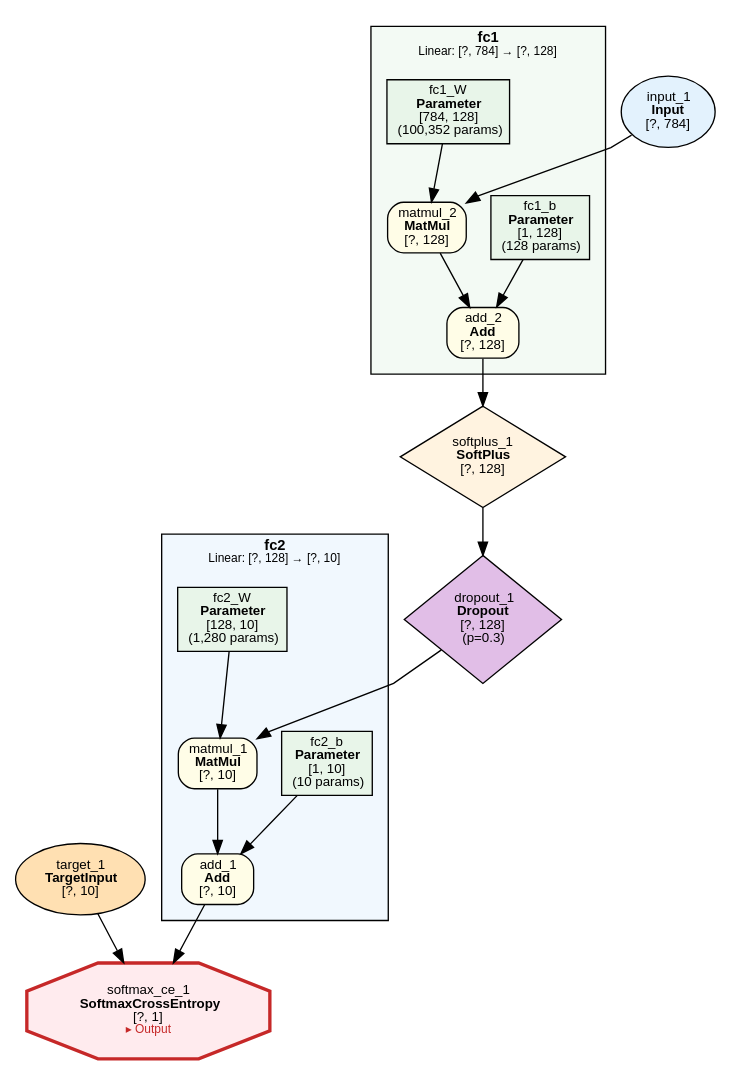
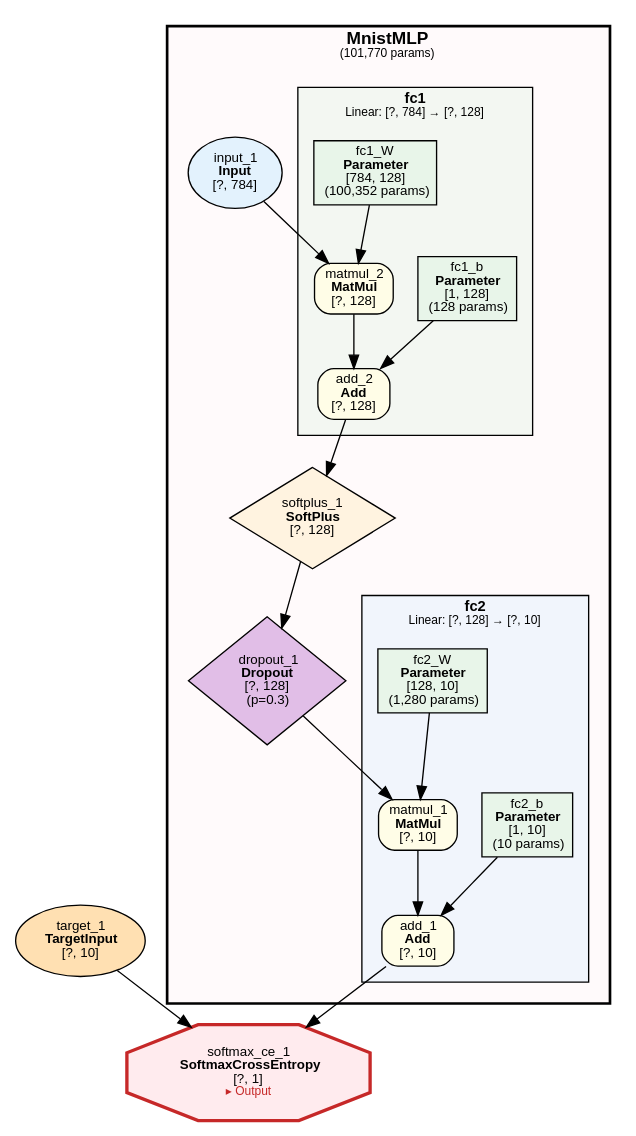
Before and after one commit to dbsxdbsx/only_torch: the diagram in examples/mnist/mnist.dot, drawn with Graphviz. The commit also changed 29 other files, not shown here.

```diff
--- a/examples/mnist/mnist.dot
+++ b/examples/mnist/mnist.dot
@@ -1,52 +1,62 @@
 digraph ComputeGraph {
     rankdir=TB;
     newrank=true;
     splines=polyline;
     node [fontname="Microsoft YaHei,SimHei,Arial"];
     edge [fontname="Microsoft YaHei,SimHei,Arial"];
 
-    subgraph cluster_group_linear_1 {
-        label=<<B>fc2</B><BR/><FONT POINT-SIZE="9">Linear: [?, 128] → [?, 10]</FONT>>;
-        style=filled;
-        fillcolor="#E3F2FD80";
+    subgraph cluster_model_MnistMLP {
+        label=<<B>MnistMLP</B><BR/><FONT POINT-SIZE="9">(101,770 params)</FONT>>;
+        style="filled,bold";
+        fillcolor="#FFEBEE40";
         fontname="Microsoft YaHei,SimHei,Arial";
-        fontsize=11;
-        margin=12;
-            "2" [label=<add_1<BR/><B>Add</B><BR/>[?, 10]> shape=box style="filled,rounded" fillcolor="#FFFDE7" fontsize=10];
-            "4" [label=<matmul_1<BR/><B>MatMul</B><BR/>[?, 10]> shape=box style="filled,rounded" fillcolor="#FFFDE7" fontsize=10];
-            "5" [label=<fc2_b<BR/><B>Parameter</B><BR/>[1, 10]<BR/>(10 params)> shape=box style=filled fillcolor="#E8F5E9" fontsize=10];
-            "7" [label=<fc2_W<BR/><B>Parameter</B><BR/>[128, 10]<BR/>(1,280 params)> shape=box style=filled fillcolor="#E8F5E9" fontsize=10];
-    }
+        fontsize=13;
+        margin=16;
 
-    subgraph cluster_group_linear_0 {
-        label=<<B>fc1</B><BR/><FONT POINT-SIZE="9">Linear: [?, 784] → [?, 128]</FONT>>;
-        style=filled;
-        fillcolor="#E8F5E980";
-        fontname="Microsoft YaHei,SimHei,Arial";
-        fontsize=11;
-        margin=12;
-            "9" [label=<add_2<BR/><B>Add</B><BR/>[?, 128]> shape=box style="filled,rounded" fillcolor="#FFFDE7" fontsize=10];
-            "10" [label=<matmul_2<BR/><B>MatMul</B><BR/>[?, 128]> shape=box style="filled,rounded" fillcolor="#FFFDE7" fontsize=10];
-            "11" [label=<fc1_b<BR/><B>Parameter</B><BR/>[1, 128]<BR/>(128 params)> shape=box style=filled fillcolor="#E8F5E9" fontsize=10];
-            "13" [label=<fc1_W<BR/><B>Parameter</B><BR/>[784, 128]<BR/>(100,352 params)> shape=box style=filled fillcolor="#E8F5E9" fontsize=10];
+        subgraph cluster_MnistMLP_fc2 {
+            label=<<B>fc2</B><BR/><FONT POINT-SIZE="9">Linear: [?, 128] → [?, 10]</FONT>>;
+            style=filled;
+            fillcolor="#E3F2FD80";
+            fontname="Microsoft YaHei,SimHei,Arial";
+            fontsize=11;
+            margin=12;
+                "2" [label=<add_1<BR/><B>Add</B><BR/>[?, 10]> shape=box style="filled,rounded" fillcolor="#FFFDE7" fontsize=10];
+                "4" [label=<matmul_1<BR/><B>MatMul</B><BR/>[?, 10]> shape=box style="filled,rounded" fillcolor="#FFFDE7" fontsize=10];
+                "5" [label=<fc2_b<BR/><B>Parameter</B><BR/>[1, 10]<BR/>(10 params)> shape=box style=filled fillcolor="#E8F5E9" fontsize=10];
+                "7" [label=<fc2_W<BR/><B>Parameter</B><BR/>[128, 10]<BR/>(1,280 params)> shape=box style=filled fillcolor="#E8F5E9" fontsize=10];
+        }
+
+        subgraph cluster_MnistMLP_fc1 {
+            label=<<B>fc1</B><BR/><FONT POINT-SIZE="9">Linear: [?, 784] → [?, 128]</FONT>>;
+            style=filled;
+            fillcolor="#E8F5E980";
+            fontname="Microsoft YaHei,SimHei,Arial";
+            fontsize=11;
+            margin=12;
+                "9" [label=<add_2<BR/><B>Add</B><BR/>[?, 128]> shape=box style="filled,rounded" fillcolor="#FFFDE7" fontsize=10];
+                "10" [label=<matmul_2<BR/><B>MatMul</B><BR/>[?, 128]> shape=box style="filled,rounded" fillcolor="#FFFDE7" fontsize=10];
+                "11" [label=<fc1_b<BR/><B>Parameter</B><BR/>[1, 128]<BR/>(128 params)> shape=box style=filled fillcolor="#E8F5E9" fontsize=10];
+                "13" [label=<fc1_W<BR/><B>Parameter</B><BR/>[784, 128]<BR/>(100,352 params)> shape=box style=filled fillcolor="#E8F5E9" fontsize=10];
+        }
+
+        "6" [label=<dropout_1<BR/><B>Dropout</B><BR/>[?, 128]<BR/>(p=0.3)> shape=diamond style=filled fillcolor="#E1BEE7" fontsize=10];
+        "8" [label=<softplus_1<BR/><B>SoftPlus</B><BR/>[?, 128]> shape=diamond style=filled fillcolor="#FFF3E0" fontsize=10];
+        "12" [label=<input_1<BR/><B>Input</B><BR/>[?, 784]> shape=ellipse style=filled fillcolor="#E3F2FD" fontsize=10];
     }
 
     "1" [label=<softmax_ce_1<BR/><B>SoftmaxCrossEntropy</B><BR/>[?, 1]<BR/><FONT COLOR="#C62828" POINT-SIZE="9">▸ Output</FONT>> shape=octagon style=filled fillcolor="#FFEBEE" fontsize=10 penwidth=2.5 color="#C62828"];
     "3" [label=<target_1<BR/><B>TargetInput</B><BR/>[?, 10]> shape=ellipse style=filled fillcolor="#FFE0B2" fontsize=10];
-    "6" [label=<dropout_1<BR/><B>Dropout</B><BR/>[?, 128]<BR/>(p=0.3)> shape=diamond style=filled fillcolor="#E1BEE7" fontsize=10];
-    "8" [label=<softplus_1<BR/><B>SoftPlus</B><BR/>[?, 128]> shape=diamond style=filled fillcolor="#FFF3E0" fontsize=10];
-    "12" [label=<input_1<BR/><B>Input</B><BR/>[?, 784]> shape=ellipse style=filled fillcolor="#E3F2FD" fontsize=10];
 
     "2" -> "1";
     "3" -> "1";
     "4" -> "2";
     "5" -> "2";
     "6" -> "4";
     "7" -> "4";
     "8" -> "6";
     "9" -> "8";
     "10" -> "9";
     "11" -> "9";
     "12" -> "10";
     "13" -> "10";
 }
```
